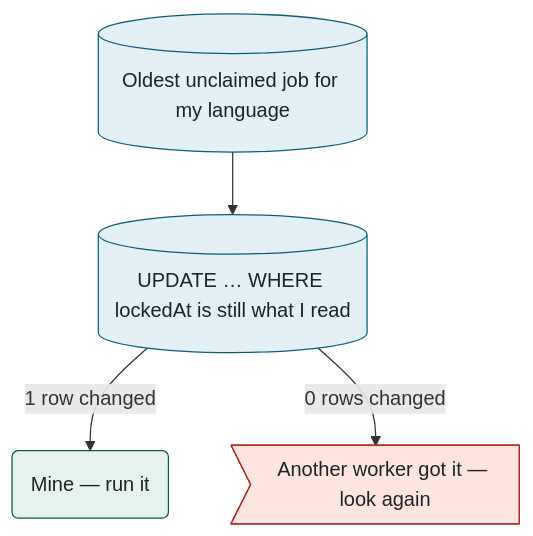
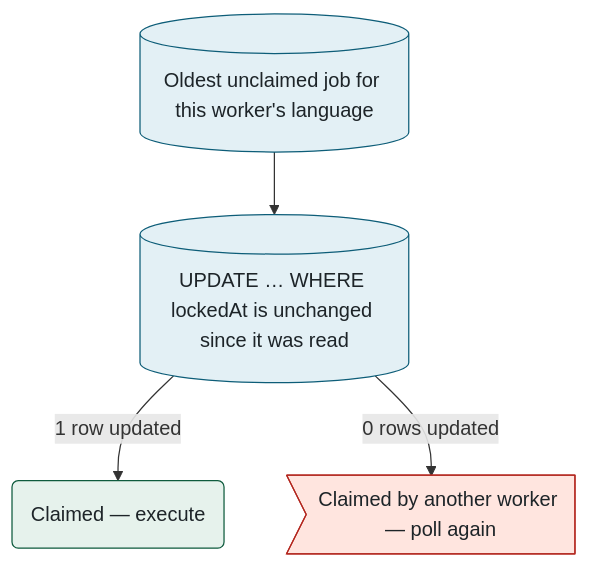
One commit to McMaster-Battery-Research-Group/battery-soc-benchmark changed the third of 11 diagrams in docs/walkthrough/ALL-IN-ONE.md. Above: the diagram before and after it, drawn with Mermaid. The commit also changed other lines of this file and 22 other files, not shown here.

````diff
--- a/docs/walkthrough/ALL-IN-ONE.md
+++ b/docs/walkthrough/ALL-IN-ONE.md
@@ -223,12 +270,12 @@
 ```mermaid
 flowchart TB
-    A[("Oldest unclaimed job for my language")] --> B[("UPDATE … WHERE lockedAt is still what I read")]
-    B -- "1 row changed" --> C("Mine — run it")
-    B -- "0 rows changed" --> D>"Another worker got it — look again"]
+    A[("Oldest unclaimed job for this worker's language")] --> B[("UPDATE … WHERE lockedAt is unchanged since it was read")]
+    B -- "1 row updated" --> C("Claimed — execute")
+    B -- "0 rows updated" --> D>"Claimed by another worker — poll again"]
     classDef data fill:#E3F0F5,stroke:#0D5D78,color:#1d2428
     classDef good fill:#E6F2EC,stroke:#0E5B3D,color:#1d2428
     classDef danger fill:#FFE5DF,stroke:#B3261E,color:#1d2428
     class A,B data
     class C good
     class D danger
 ```
````
